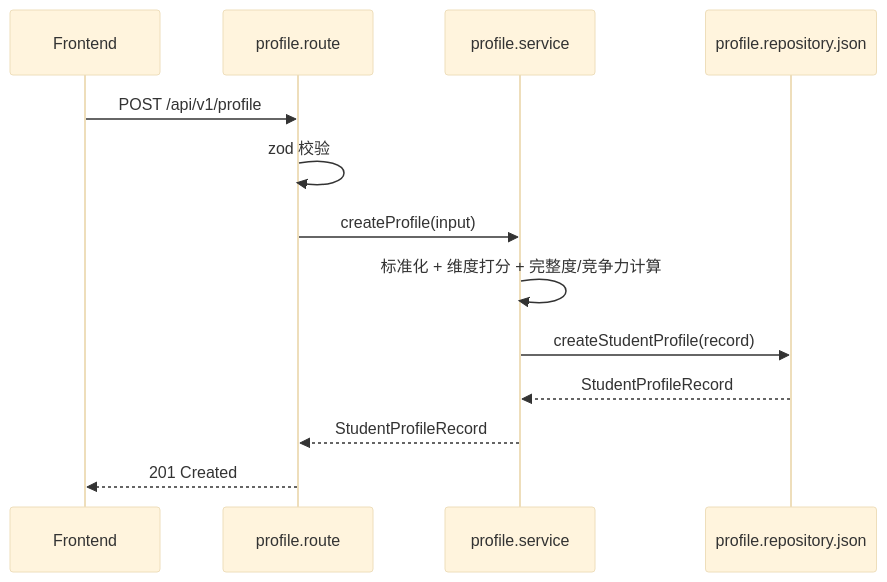
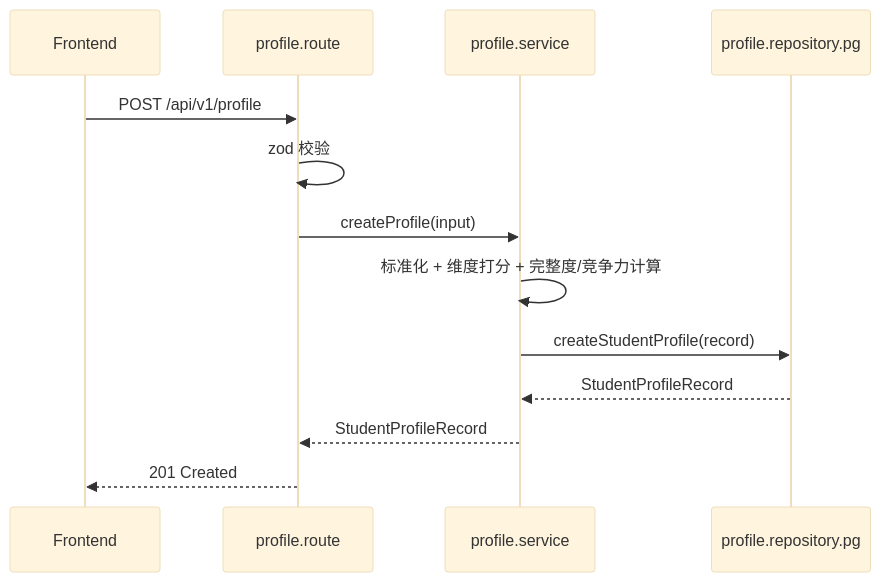
One commit to youtao19/vision-meet changed the third of 3 diagrams in docs/项目技术架构.md. Above: the diagram before and after it, drawn with Mermaid (base theme). The commit also changed other lines of this file and 54 other files, not shown here.

````diff
--- a/docs/项目技术架构.md
+++ b/docs/项目技术架构.md
@@ -165,15 +162,15 @@
 ```mermaid
 sequenceDiagram
   participant FE as Frontend
   participant RT as profile.route
   participant SV as profile.service
-  participant RP as profile.repository.json
+  participant RP as profile.repository.pg
   FE->>RT: POST /api/v1/profile
   RT->>RT: zod 校验
   RT->>SV: createProfile(input)
   SV->>SV: 标准化 + 维度打分 + 完整度/竞争力计算
   SV->>RP: createStudentProfile(record)
   RP-->>SV: StudentProfileRecord
   SV-->>RT: StudentProfileRecord
   RT-->>FE: 201 Created
 ```
````
